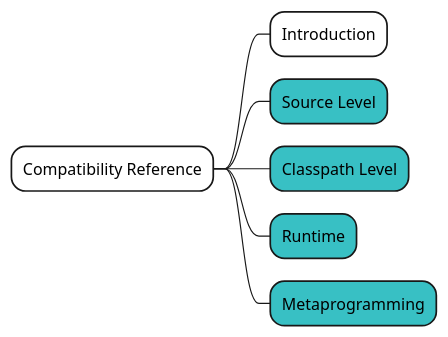
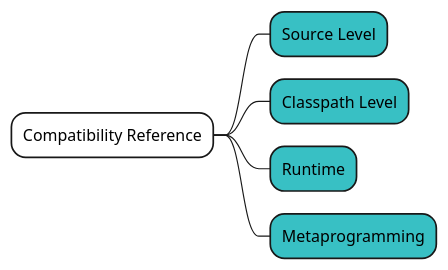
Before and after one commit to shinharad/getting-started-with-scala3: the second of 10 diagrams in docs/step01/04_Migration_guideを俯瞰してみる.md, drawn with PlantUML. The commit also changed other lines of this file and 3 other files, not shown here.

````diff
--- a/docs/step01/04_Migration_guideを俯瞰してみる.md
+++ b/docs/step01/04_Migration_guideを俯瞰してみる.md
@@ -41,10 +46,9 @@
 ```plantuml
 @startmindmap
 *[#fff] Compatibility Reference
-**[#fff] Introduction
 **[#38c0c4] Source Level
 **[#38c0c4] Classpath Level
 **[#38c0c4] Runtime
 **[#38c0c4] Metaprogramming
 @endmindmap
 ```
````
